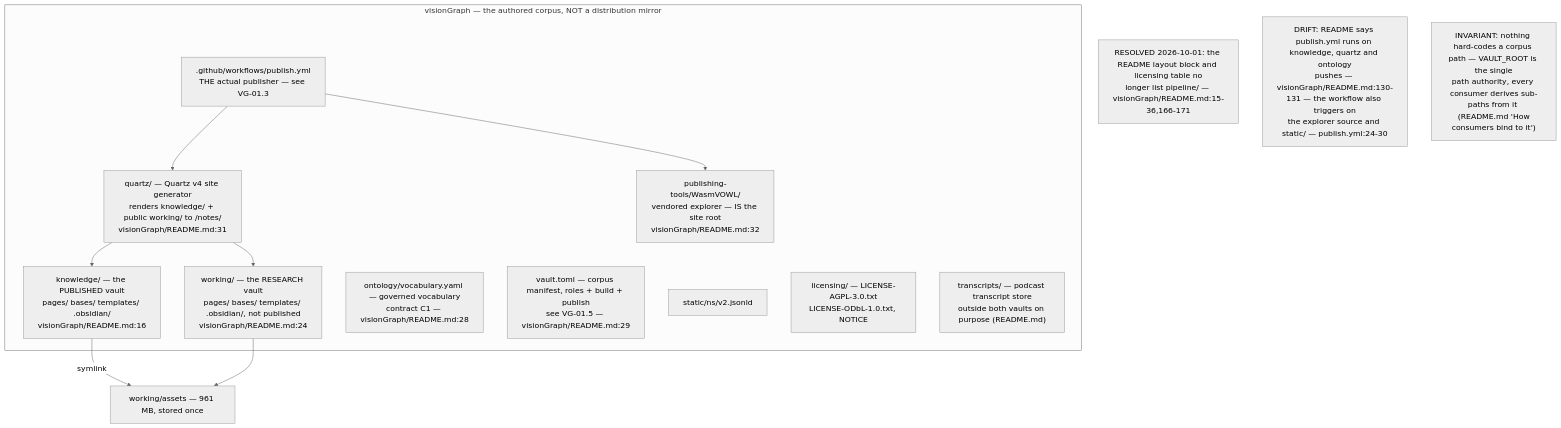
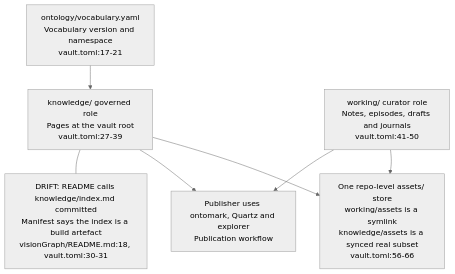
The first of 6 diagrams in docs/diagrams/visiongraph/01-vault-structure-and-contract.md (DreamLab-AI/VisionFlow), drawn with Mermaid (neutral theme) before and after one commit. The commit also changed other lines of this file and 16 other files, not shown here.

Commit message:
docs: audit visionGraph vault and domain gate contracts

````diff
--- a/docs/diagrams/visiongraph/01-vault-structure-and-contract.md
+++ b/docs/diagrams/visiongraph/01-vault-structure-and-contract.md
@@ -40,24 +37,16 @@
 ```mermaid
 flowchart TB
-    subgraph REPO["visionGraph — the authored corpus, NOT a distribution mirror"]
-        KV["knowledge/ — the PUBLISHED vault<br/>pages/ bases/ templates/ .obsidian/<br/>visionGraph/README.md:16"]
-        WV["working/ — the RESEARCH vault<br/>pages/ bases/ templates/ .obsidian/, not published<br/>visionGraph/README.md:24"]
-        ONT["ontology/vocabulary.yaml — governed vocabulary<br/>contract C1 — visionGraph/README.md:28"]
-        VTOML["vault.toml — corpus manifest, roles + build + publish<br/>see VG-01.5 — visionGraph/README.md:29"]
-        QRTZ["quartz/ — Quartz v4 site generator<br/>renders knowledge/ + public working/ to #47;notes#47;<br/>visionGraph/README.md:31"]
-        PUBTOOLS["publishing-tools/WasmVOWL/<br/>vendored explorer — IS the site root<br/>visionGraph/README.md:32"]
-        STATIC["static/ns/v2.jsonld"]
-        LIC["licensing/ — LICENSE-AGPL-3.0.txt<br/>LICENSE-ODbL-1.0.txt, NOTICE"]
-        TRANS["transcripts/ — podcast transcript store<br/>outside both vaults on purpose #40;README.md#41;"]
-        GH[".github/workflows/publish.yml<br/>THE actual publisher — see VG-01.3"]
-    end
-    KV -->|"symlink"| ASSETS["working/assets — 961 MB, stored once"]
-    WV --> ASSETS
-    GH --> QRTZ
-    GH --> PUBTOOLS
-    QRTZ --> KV
-    QRTZ --> WV
-    note1["RESOLVED 2026-10-01: the README layout block and licensing table no<br/>longer list pipeline#47; — visionGraph/README.md:15-36,166-171"]
-    note3["DRIFT: README says publish.yml runs on knowledge, quartz and ontology<br/>pushes — visionGraph/README.md:130-131 — the workflow also triggers on<br/>the explorer source and static#47; — publish.yml:24-30"]
-    note2["INVARIANT: nothing hard-codes a corpus path — VAULT_ROOT is the single<br/>path authority, every consumer derives sub-paths from it #40;README.md 'How<br/>consumers bind to it'#41;"]
+    K["knowledge/ governed role<br/>Pages at the vault root<br/>vault.toml:27-39"]
+    W["working/ curator role<br/>Notes, episodes, drafts and journals<br/>vault.toml:41-50"]
+    AS["One repo-level assets/ store<br/>working/assets is a symlink<br/>knowledge/assets is a synced real subset<br/>vault.toml:56-66"]
+    VOC["ontology/vocabulary.yaml<br/>Vocabulary version and namespace<br/>vault.toml:17-21"]
+    %% Source: publish.yml:175-181,329-335,421-490
+    PUB["Publisher uses ontomark, Quartz and explorer<br/>Publication workflow"]
+    K --> AS
+    W --> AS
+    VOC --> K
+    K --> PUB
+    W --> PUB
+    DRIFT["DRIFT: README calls knowledge/index.md committed<br/>Manifest says the index is a build artefact<br/>visionGraph/README.md:18, vault.toml:30-31"]
+    K --- DRIFT
 ```
````
